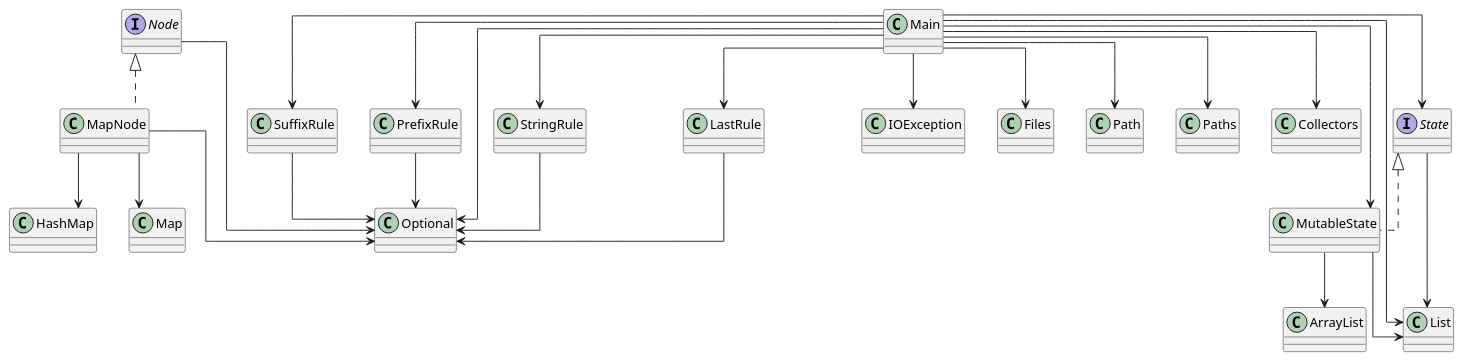
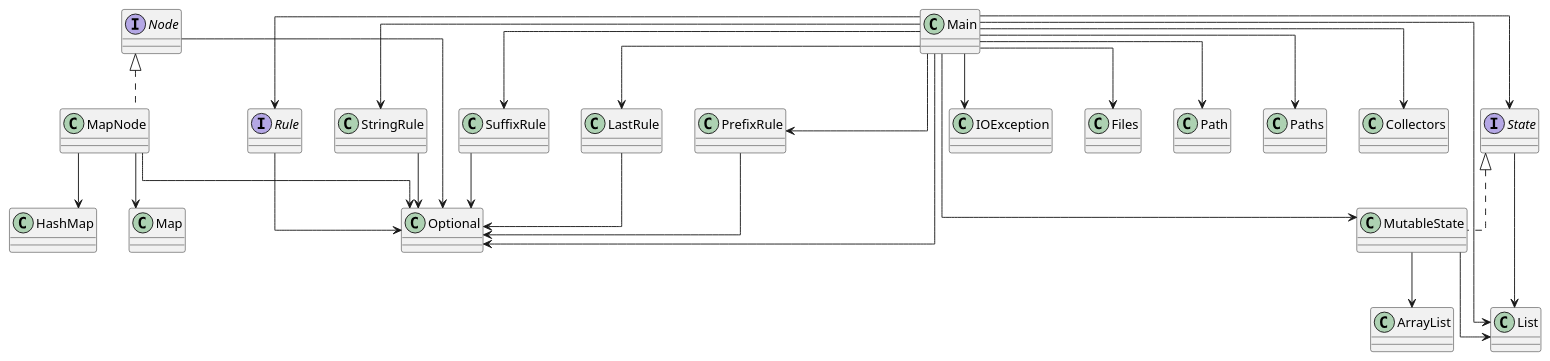
One commit to SirMathhman/Magma changed the diagram in diagram.puml. Above: the diagram before and after it, drawn with PlantUML. The commit also changed 4 other files, not shown here.

```diff
--- a/diagram.puml
+++ b/diagram.puml
@@ -1,41 +1,45 @@
 @startuml
 skinparam linetype ortho
 class Node
 Node --> Optional
 interface Node
 class MutableState
 MutableState --> ArrayList
 MutableState --> List
 class MutableState implements State
+class Rule
+Rule --> Optional
+interface Rule
 class Main
 Main --> LastRule
 Main --> MutableState
 Main --> PrefixRule
+Main --> Rule
 Main --> State
 Main --> StringRule
 Main --> SuffixRule
 Main --> IOException
 Main --> Files
 Main --> Path
 Main --> Paths
 Main --> List
 Main --> Optional
 Main --> Collectors
 class Main
 class StringRule
 StringRule --> Optional
 class LastRule
 LastRule --> Optional
 class MapNode
 MapNode --> HashMap
 MapNode --> Map
 MapNode --> Optional
 class MapNode implements Node
 class PrefixRule
 PrefixRule --> Optional
 class SuffixRule
 SuffixRule --> Optional
 class State
 State --> List
 interface State
 @enduml
```
